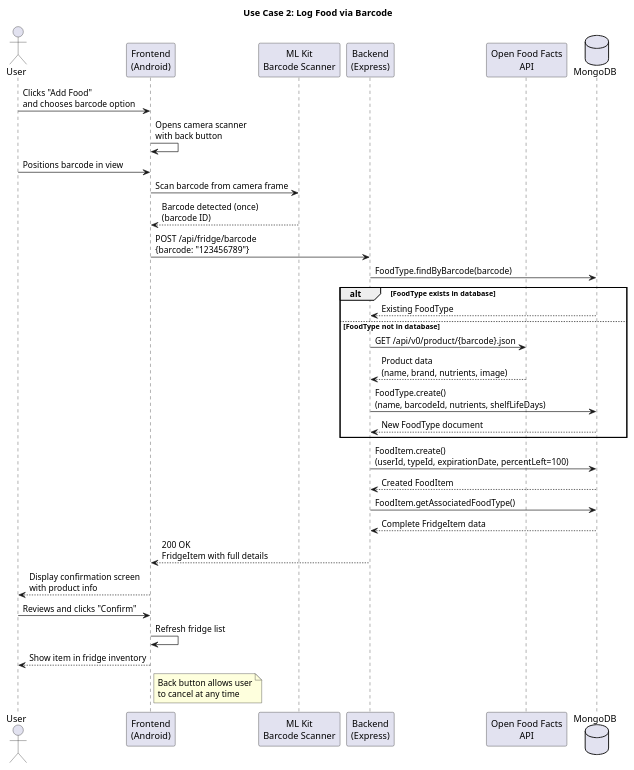
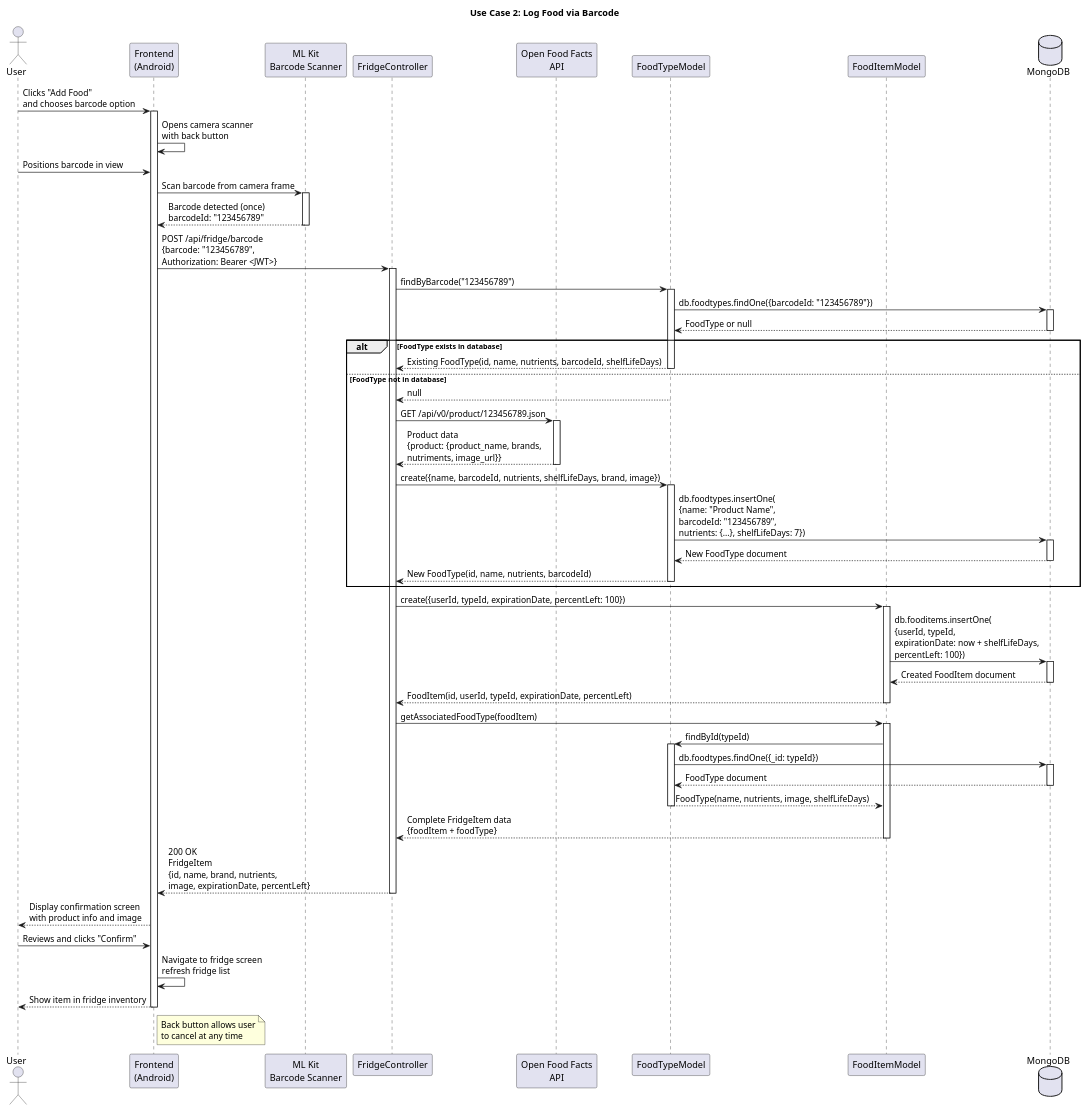
One commit to virtualfridge/virtualfridge changed the diagram in documentation/diagrams/barcodeDiagram.plantuml. Above: the diagram before and after it, drawn with PlantUML. The commit also changed 5 other files, not shown here.

```diff
--- a/documentation/diagrams/barcodeDiagram.plantuml
+++ b/documentation/diagrams/barcodeDiagram.plantuml
@@ -1,49 +1,89 @@
 @startuml
 title Use Case 2: Log Food via Barcode
 
 actor User
 participant "Frontend\n(Android)" as Frontend
 participant "ML Kit\nBarcode Scanner" as MLKit
-participant "Backend\n(Express)" as Backend
+participant "FridgeController" as Controller
 participant "Open Food Facts\nAPI" as OpenFood
+participant "FoodTypeModel" as FoodTypeModel
+participant "FoodItemModel" as FoodItemModel
 database "MongoDB" as DB
 
 User -> Frontend: Clicks "Add Food"\nand chooses barcode option
+activate Frontend
 Frontend -> Frontend: Opens camera scanner\nwith back button
 User -> Frontend: Positions barcode in view
 
 Frontend -> MLKit: Scan barcode from camera frame
-MLKit --> Frontend: Barcode detected (once)\n(barcode ID)
+activate MLKit
+MLKit --> Frontend: Barcode detected (once)\nbarcodeId: "123456789"
+deactivate MLKit
 
-Frontend -> Backend: POST /api/fridge/barcode\n{barcode: "123456789"}
+Frontend -> Controller: POST /api/fridge/barcode\n{barcode: "123456789",\nAuthorization: Bearer <JWT>}
+activate Controller
 
-Backend -> DB: FoodType.findByBarcode(barcode)
+Controller -> FoodTypeModel: findByBarcode("123456789")
+activate FoodTypeModel
+FoodTypeModel -> DB: db.foodtypes.findOne({barcodeId: "123456789"})
+activate DB
+DB --> FoodTypeModel: FoodType or null
+deactivate DB
 
 alt FoodType exists in database
-    DB --> Backend: Existing FoodType
+    FoodTypeModel --> Controller: Existing FoodType(id, name, nutrients, barcodeId, shelfLifeDays)
+    deactivate FoodTypeModel
 else FoodType not in database
-    Backend -> OpenFood: GET /api/v0/product/{barcode}.json
-    OpenFood --> Backend: Product data\n(name, brand, nutrients, image)
+    FoodTypeModel --> Controller: null
+    deactivate FoodTypeModel
+    Controller -> OpenFood: GET /api/v0/product/123456789.json
+    activate OpenFood
+    OpenFood --> Controller: Product data\n{product: {product_name, brands,\nnutriments, image_url}}
+    deactivate OpenFood
 
-    Backend -> DB: FoodType.create()\n(name, barcodeId, nutrients, shelfLifeDays)
-    DB --> Backend: New FoodType document
+    Controller -> FoodTypeModel: create({name, barcodeId, nutrients, shelfLifeDays, brand, image})
+    activate FoodTypeModel
+    FoodTypeModel -> DB: db.foodtypes.insertOne(\n{name: "Product Name",\nbarcodeId: "123456789",\nnutrients: {...}, shelfLifeDays: 7})
+    activate DB
+    DB --> FoodTypeModel: New FoodType document
+    deactivate DB
+    FoodTypeModel --> Controller: New FoodType(id, name, nutrients, barcodeId)
+    deactivate FoodTypeModel
 end
 
-Backend -> DB: FoodItem.create()\n(userId, typeId, expirationDate, percentLeft=100)
-DB --> Backend: Created FoodItem
+Controller -> FoodItemModel: create({userId, typeId, expirationDate, percentLeft: 100})
+activate FoodItemModel
+FoodItemModel -> DB: db.fooditems.insertOne(\n{userId, typeId,\nexpirationDate: now + shelfLifeDays,\npercentLeft: 100})
+activate DB
+DB --> FoodItemModel: Created FoodItem document
+deactivate DB
+FoodItemModel --> Controller: FoodItem(id, userId, typeId, expirationDate, percentLeft)
+deactivate FoodItemModel
 
-Backend -> DB: FoodItem.getAssociatedFoodType()
-DB --> Backend: Complete FridgeItem data
+Controller -> FoodItemModel: getAssociatedFoodType(foodItem)
+activate FoodItemModel
+FoodItemModel -> FoodTypeModel: findById(typeId)
+activate FoodTypeModel
+FoodTypeModel -> DB: db.foodtypes.findOne({_id: typeId})
+activate DB
+DB --> FoodTypeModel: FoodType document
+deactivate DB
+FoodTypeModel --> FoodItemModel: FoodType(name, nutrients, image, shelfLifeDays)
+deactivate FoodTypeModel
+FoodItemModel --> Controller: Complete FridgeItem data\n{foodItem + foodType}
+deactivate FoodItemModel
 
-Backend --> Frontend: 200 OK\nFridgeItem with full details
-Frontend --> User: Display confirmation screen\nwith product info
+Controller --> Frontend: 200 OK\nFridgeItem\n{id, name, brand, nutrients,\nimage, expirationDate, percentLeft}
+deactivate Controller
+Frontend --> User: Display confirmation screen\nwith product info and image
 User -> Frontend: Reviews and clicks "Confirm"
-Frontend -> Frontend: Refresh fridge list
+Frontend -> Frontend: Navigate to fridge screen\nrefresh fridge list
 Frontend --> User: Show item in fridge inventory
+deactivate Frontend
 
 note right of Frontend
   Back button allows user
   to cancel at any time
 end note
 
 @enduml
```
